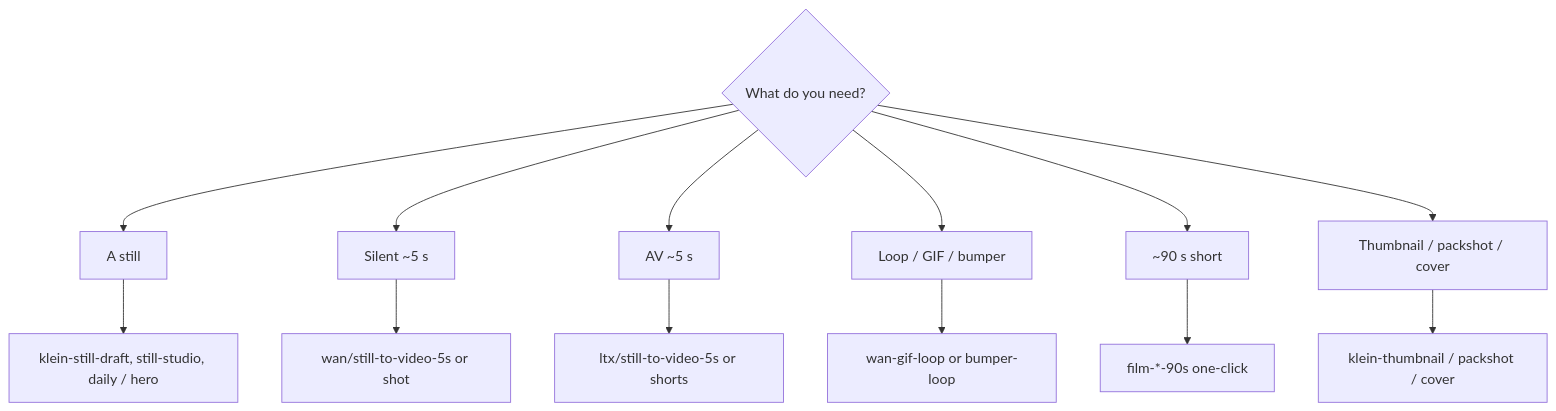
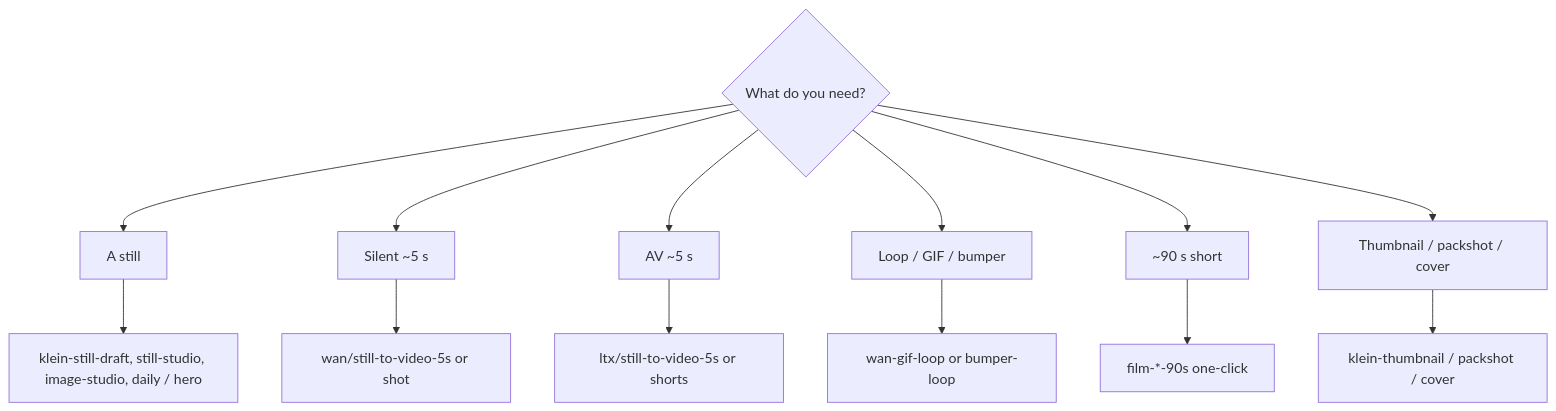
The diagram in docs/studio-workflows.md (toxicoder/ez-comfy-stack), drawn with Mermaid before and after one commit. The commit also changed 35 other files, not shown here.

First line of the commit message:
feat: klein/image-studio with 100 creator modes

````diff
--- a/docs/studio-workflows.md
+++ b/docs/studio-workflows.md
@@ -46,15 +46,15 @@
 ```mermaid
 flowchart TB
   Need{"What do you need?"} --> Still["A still"]
   Need --> Motion["Silent ~5 s"]
   Need --> AV["AV ~5 s"]
   Need --> Loop["Loop / GIF / bumper"]
   Need --> Film["~90 s short"]
   Need --> Plate["Thumbnail / packshot / cover"]
-  Still --> K["klein-still-draft, still-studio, daily / hero"]
+  Still --> K["klein-still-draft, still-studio, image-studio, daily / hero"]
   Motion --> W["wan/still-to-video-5s or shot"]
   AV --> L["ltx/still-to-video-5s or shorts"]
   Loop --> G["wan-gif-loop or bumper-loop"]
   Film --> F["film-*-90s one-click"]
   Plate --> C["klein-thumbnail / packshot / cover"]
 ```
````
